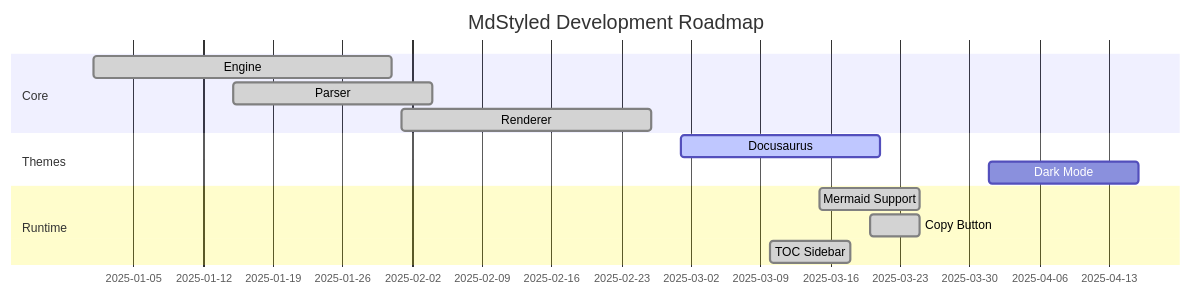
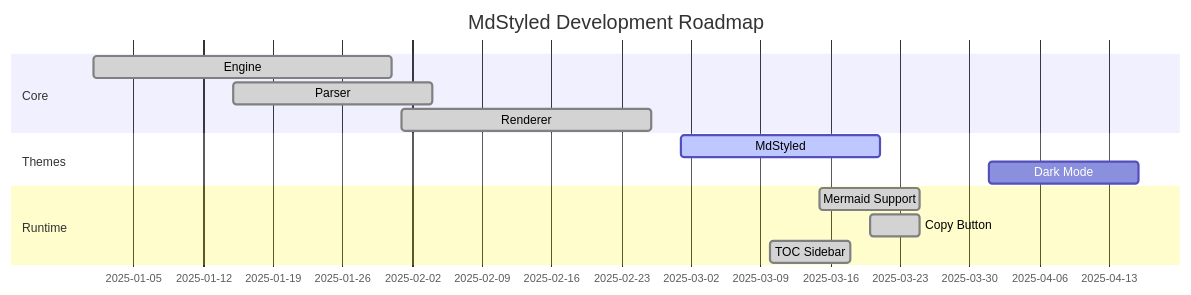
Before and after one commit to OsamaAbuSitta/MDStyled: the eighth of 9 diagrams in samples/test-diagram.md, drawn with Mermaid. The commit also changed other lines of this file and 14 other files, not shown here.

````diff
--- a/samples/test-diagram.md
+++ b/samples/test-diagram.md
@@ -141,19 +141,19 @@
 ```mermaid
 gantt
   title MdStyled Development Roadmap
   dateFormat  YYYY-MM-DD
 
   section Core
   Engine               :done, 2025-01-01, 30d
   Parser               :done, 2025-01-15, 20d
   Renderer             :done, 2025-02-01, 25d
 
   section Themes
-  Docusaurus           :active, 2025-03-01, 20d
+  MdStyled           :active, 2025-03-01, 20d
   Dark Mode            :2025-04-01, 15d
 
   section Runtime
   Mermaid Support      :done, 2025-03-15, 10d
   Copy Button          :done, 2025-03-20, 5d
   TOC Sidebar          :done, 2025-03-10, 8d
 ```
````
